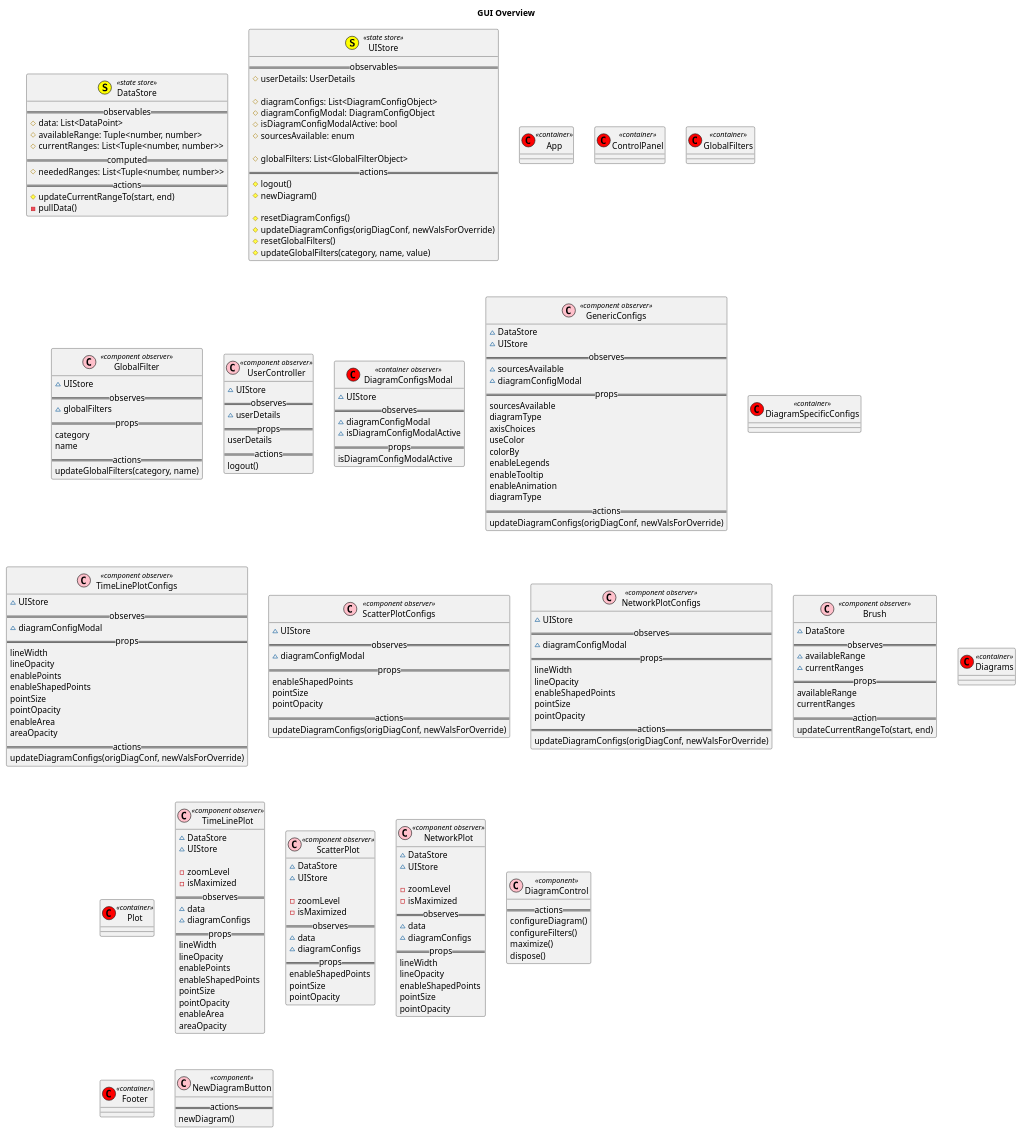
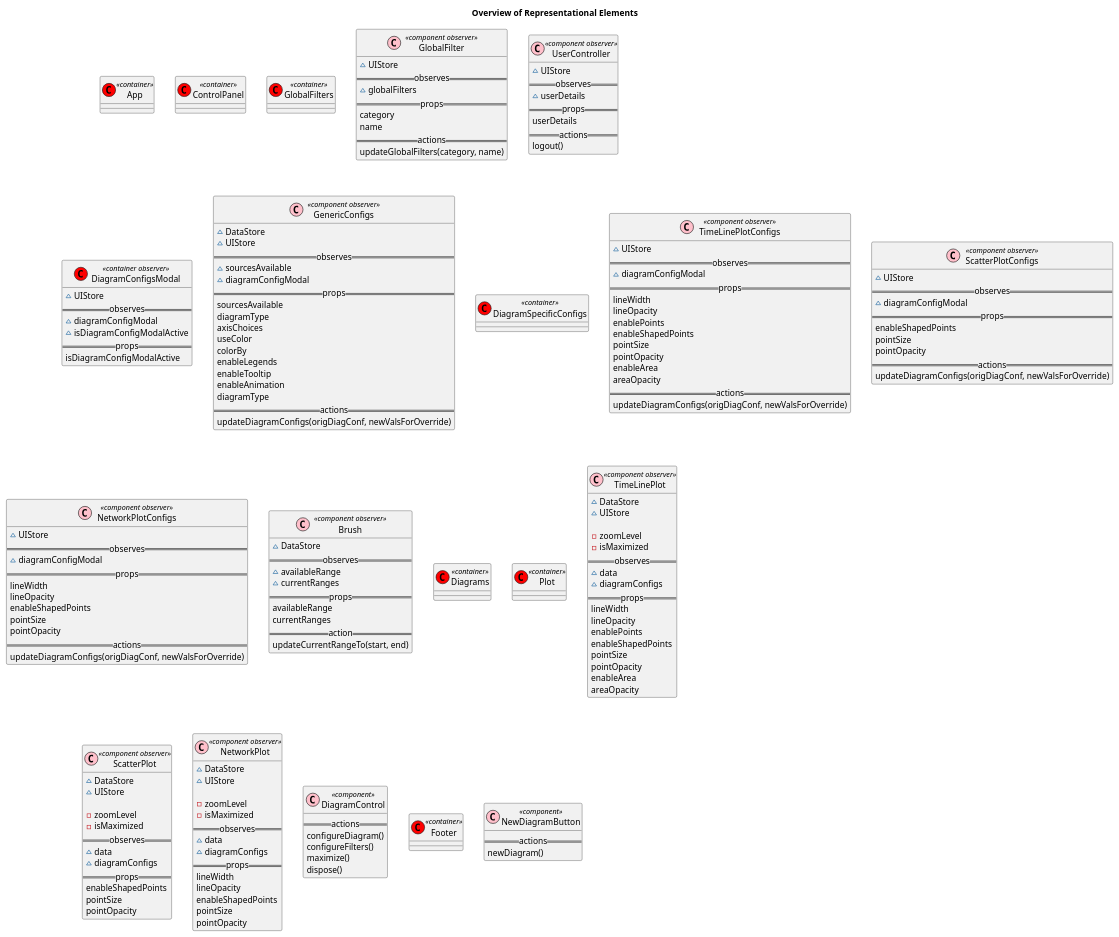
Before and after one commit to hexrcs/frontend-demo: the diagram in docs/diagrams/src/overview.wsd, drawn with PlantUML. The commit also changed 1 other file, not shown here.

Commit message:
Extract state stores and actions

```diff
--- a/docs/diagrams/src/overview.wsd
+++ b/docs/diagrams/src/overview.wsd
@@ -1,37 +1,5 @@
 @startuml
-title GUI Overview
-
-class DataStore << (S,Yellow) state store >> {
-  ==observables==
-  # data: List<DataPoint>
-  # availableRange: Tuple<number, number>
-  # currentRanges: List<Tuple<number, number>>
-  ==computed==
-  # neededRanges: List<Tuple<number, number>>
-  ==actions==
-  # updateCurrentRangeTo(start, end)
-  - pullData()
-}
-
-class UIStore << (S,Yellow) state store >> {
-  ==observables==
-  # userDetails: UserDetails
-
-  # diagramConfigs: List<DiagramConfigObject>
-  # diagramConfigModal: DiagramConfigObject
-  # isDiagramConfigModalActive: bool
-  # sourcesAvailable: enum
-
-  # globalFilters: List<GlobalFilterObject>
-  ==actions==
-  # logout()
-  # newDiagram()
-
-  # resetDiagramConfigs()
-  # updateDiagramConfigs(origDiagConf, newValsForOverride)
-  # resetGlobalFilters()
-  # updateGlobalFilters(category, name, value)
-}
+title Overview of Representational Elements
 
 class App << (C,red) container >> {
 }
```
